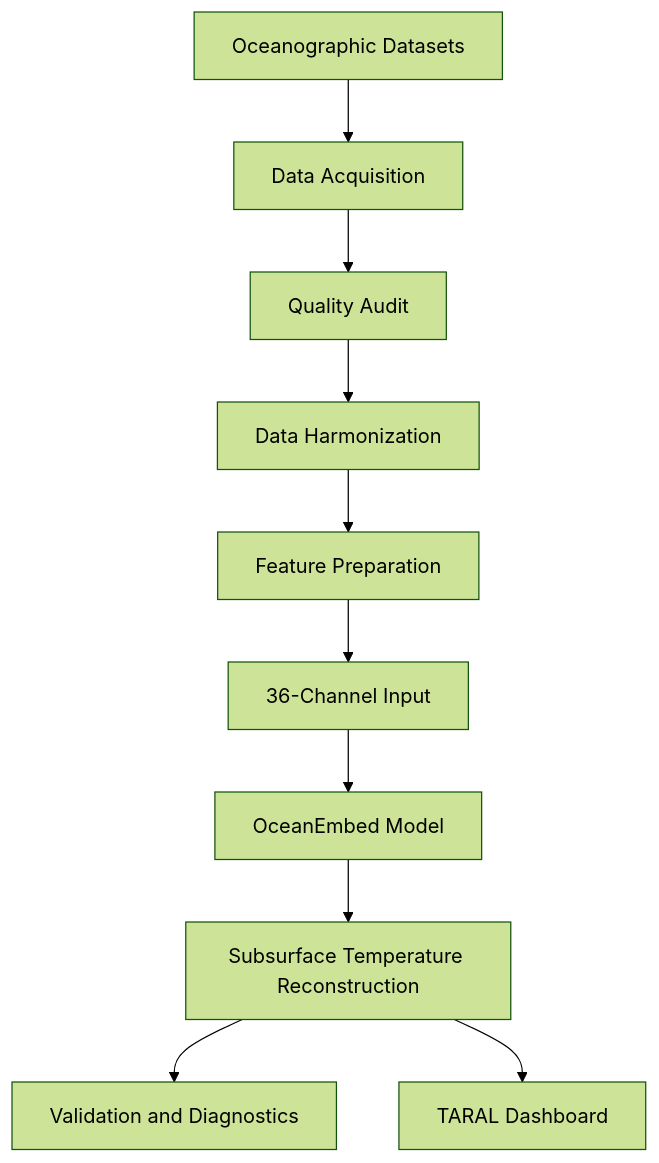
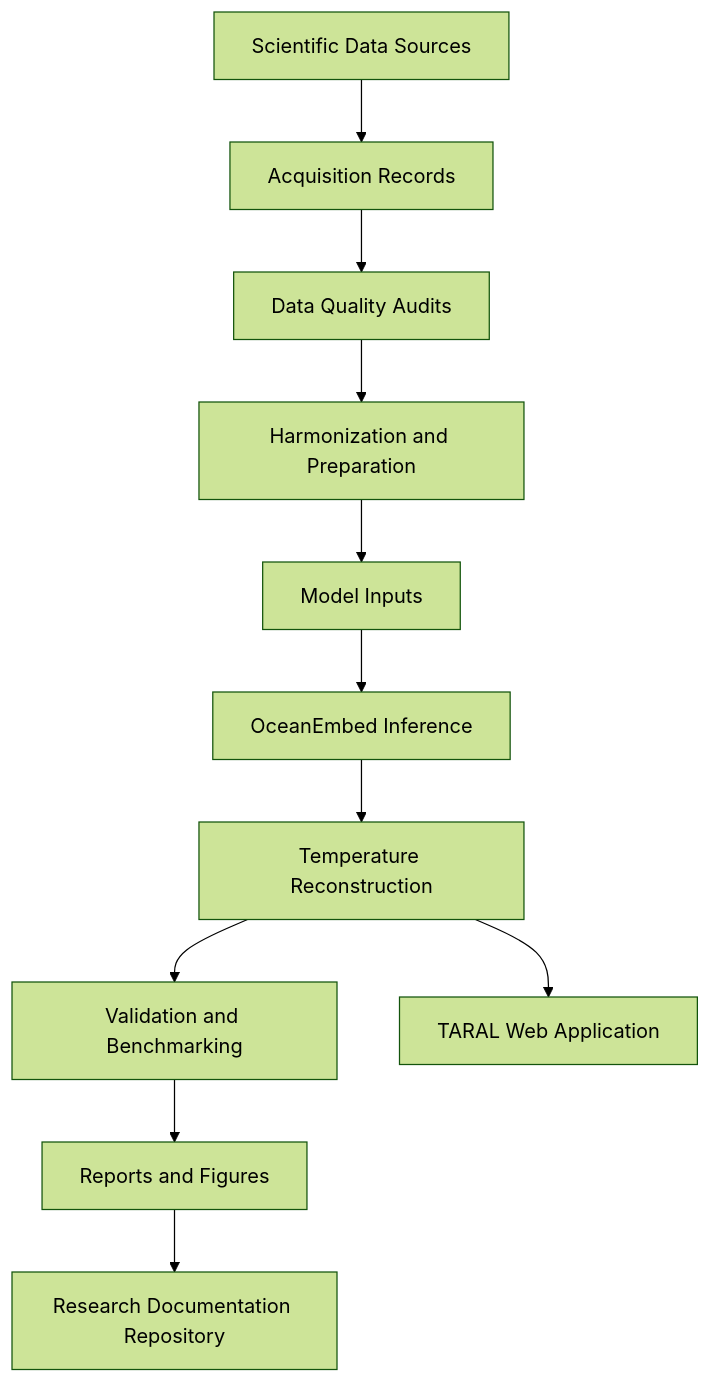
One commit to Saad-Shaikh095/TARAL changed the diagram in README.md. Above: the diagram before and after it, drawn with Mermaid (forest theme). The commit also changed other lines of this file and 4 other files, not shown here.

````diff
--- a/README.md
+++ b/README.md
@@ -100,12 +134,13 @@
 ```mermaid
 flowchart TD
-    A[Oceanographic Datasets] --> B[Data Acquisition]
-    B --> C[Quality Audit]
-    C --> D[Data Harmonization]
-    D --> E[Feature Preparation]
-    E --> F[36-Channel Input]
-    F --> G[OceanEmbed Model]
-    G --> H[Subsurface Temperature Reconstruction]
-    H --> I[Validation and Diagnostics]
-    H --> J[TARAL Dashboard]
+    A[Scientific Data Sources] --> B[Acquisition Records]
+    B --> C[Data Quality Audits]
+    C --> D[Harmonization and Preparation]
+    D --> E[Model Inputs]
+    E --> F[OceanEmbed Inference]
+    F --> G[Temperature Reconstruction]
+    G --> H[Validation and Benchmarking]
+    H --> I[Reports and Figures]
+    I --> J[Research Documentation Repository]
+    G --> K[TARAL Web Application]
 ```
````
